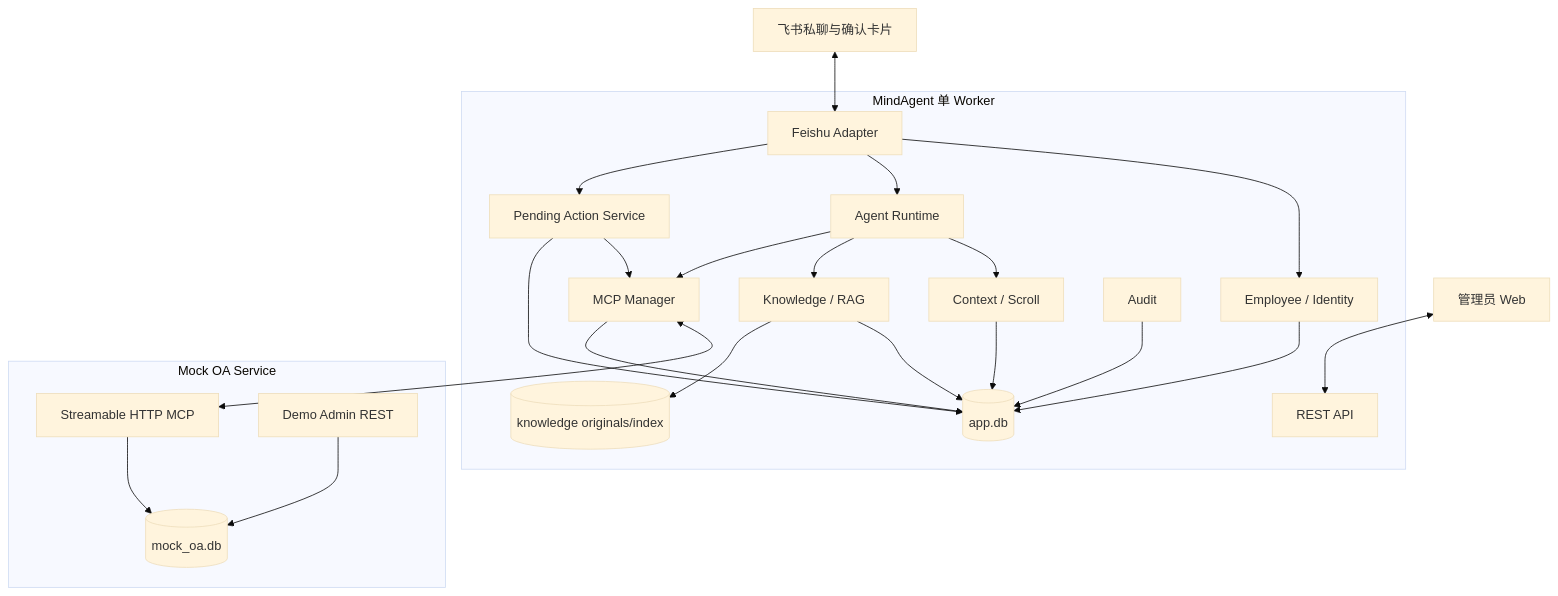
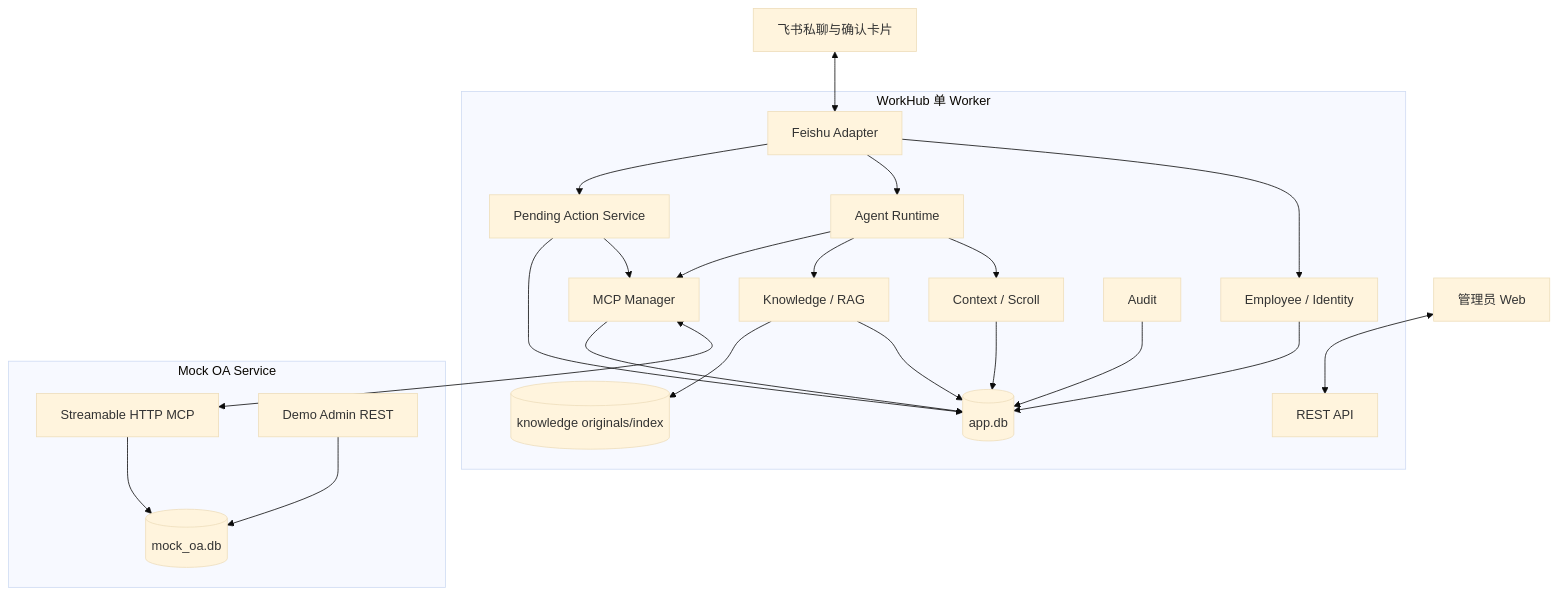
One commit to tamakara/mind-agent changed the first of 4 diagrams in docs/design.md. Above: the diagram before and after it, drawn with Mermaid (base theme). The commit also changed other lines of this file and 4 other files, not shown here.

````diff
--- a/docs/design.md
+++ b/docs/design.md
@@ -37,45 +37,45 @@
 ```mermaid
 flowchart TB
     FS[飞书私聊与确认卡片]
     WEB[管理员 Web]
 
-    subgraph MA[MindAgent 单 Worker]
+    subgraph MA[WorkHub 单 Worker]
         FC[Feishu Adapter]
         API[REST API]
         ID[Employee / Identity]
         RT[Agent Runtime]
         CTX[Context / Scroll]
         KB[Knowledge / RAG]
         MCP[MCP Manager]
         PA[Pending Action Service]
         AUD[Audit]
         DB[(app.db)]
         FILES[(knowledge originals/index)]
     end
 
     subgraph OA[Mock OA Service]
         OMCP[Streamable HTTP MCP]
         OAPI[Demo Admin REST]
         ODB[(mock_oa.db)]
     end
 
     FS <--> FC
     WEB <--> API
     FC --> ID
     FC --> RT
     FC --> PA
     RT --> CTX
     RT --> KB
     RT --> MCP
     PA --> MCP
     MCP <--> OMCP
     OAPI --> ODB
     OMCP --> ODB
     ID --> DB
     CTX --> DB
     PA --> DB
     KB --> DB
     KB --> FILES
     MCP --> DB
     AUD --> DB
 ```
````
